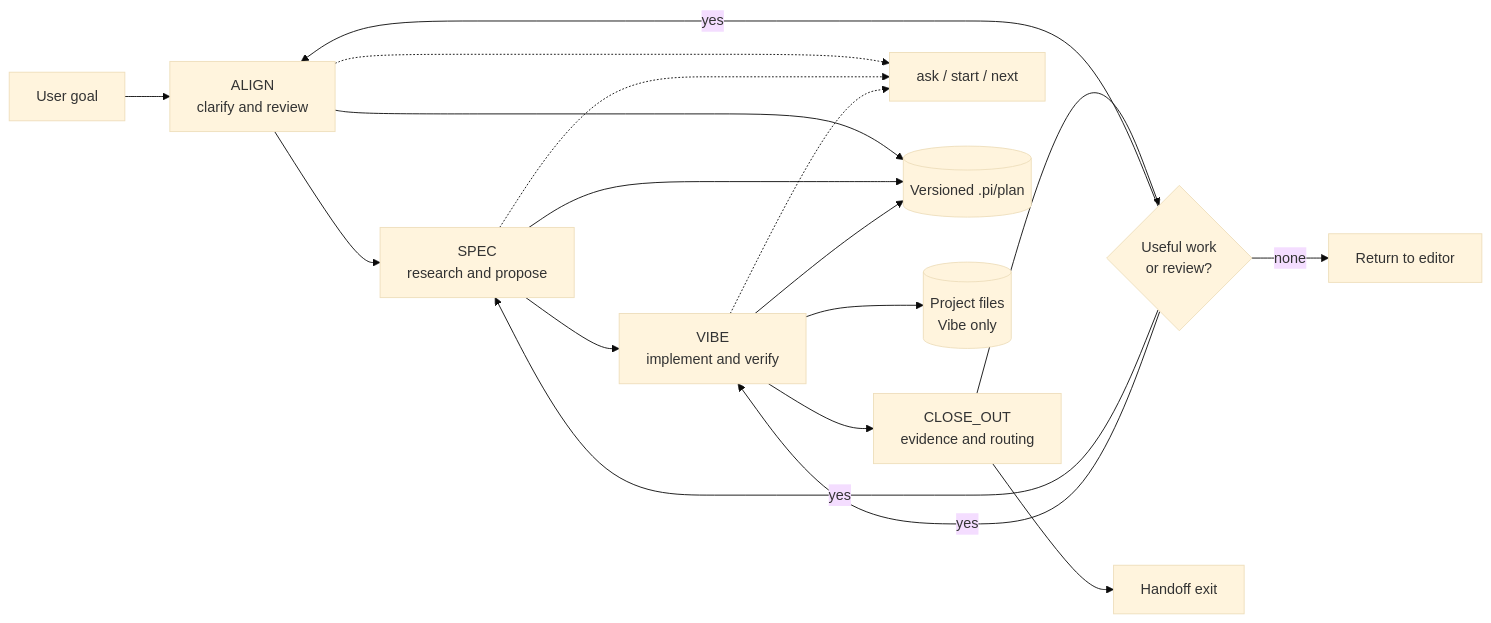
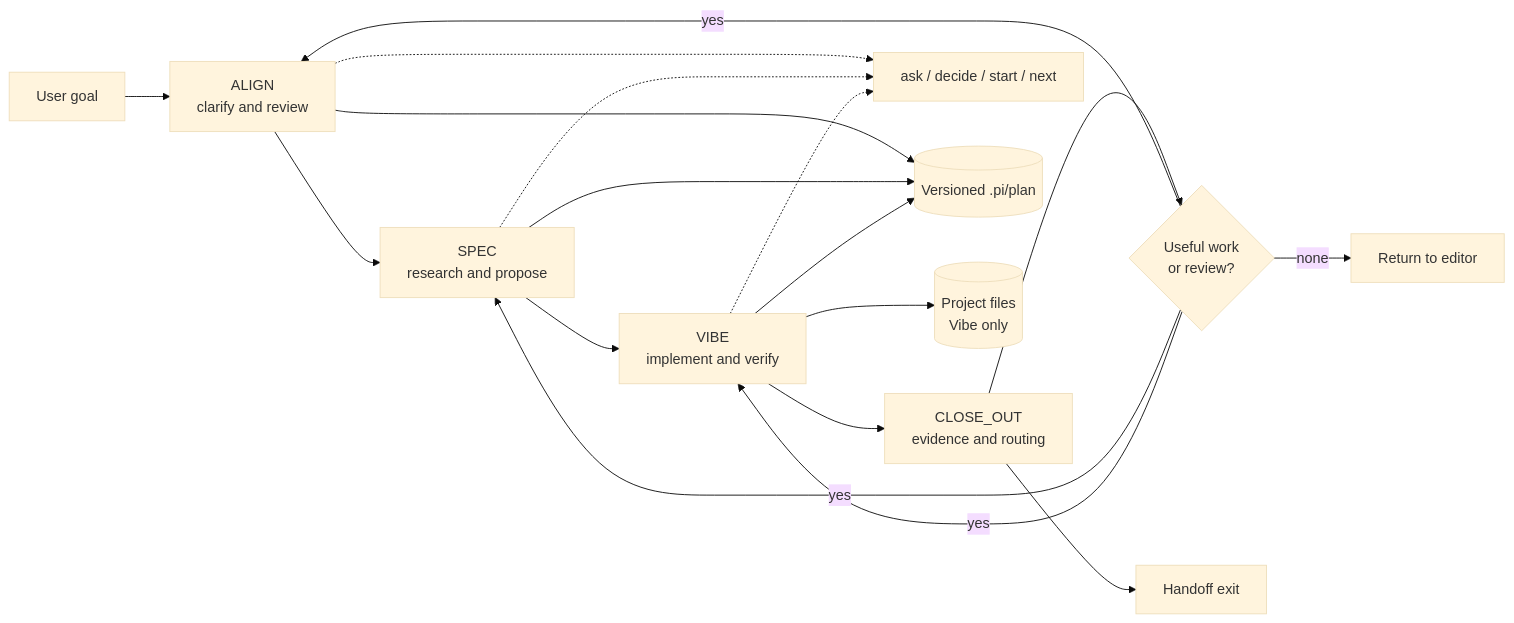
One commit to dhumdil-apps/pi-director changed the first of 12 diagrams in docs/AGENT-WORKFLOW-DIAGRAMS.md. Above: the diagram before and after it, drawn with Mermaid (base theme). The commit also changed other lines of this file and 12 other files, not shown here.

First line of the commit message:
feat: add decide tool and defer plan files until start

````diff
--- a/docs/AGENT-WORKFLOW-DIAGRAMS.md
+++ b/docs/AGENT-WORKFLOW-DIAGRAMS.md
@@ -15,20 +15,20 @@
 ```mermaid
 flowchart LR
     Goal[User goal] --> Align[ALIGN<br/>clarify and review]
     Align --> Spec[SPEC<br/>research and propose]
     Spec --> Vibe[VIBE<br/>implement and verify]
     Vibe --> Close[CLOSE_OUT<br/>evidence and routing]
     Close --> Next{Useful work<br/>or review?}
     Next -- yes --> Align
     Next -- yes --> Spec
     Next -- yes --> Vibe
     Next -- none --> Editor[Return to editor]
     Close --> Handoff[Handoff exit]
-    Align -.-> Tools[ask / start / next]
+    Align -.-> Tools[ask / decide / start / next]
     Spec -.-> Tools
     Vibe -.-> Tools
     Align --> Artifact[(Versioned .pi/plan)]
     Spec --> Artifact
     Vibe --> Artifact
     Vibe --> Project[(Project files<br/>Vibe only)]
 ```
````
